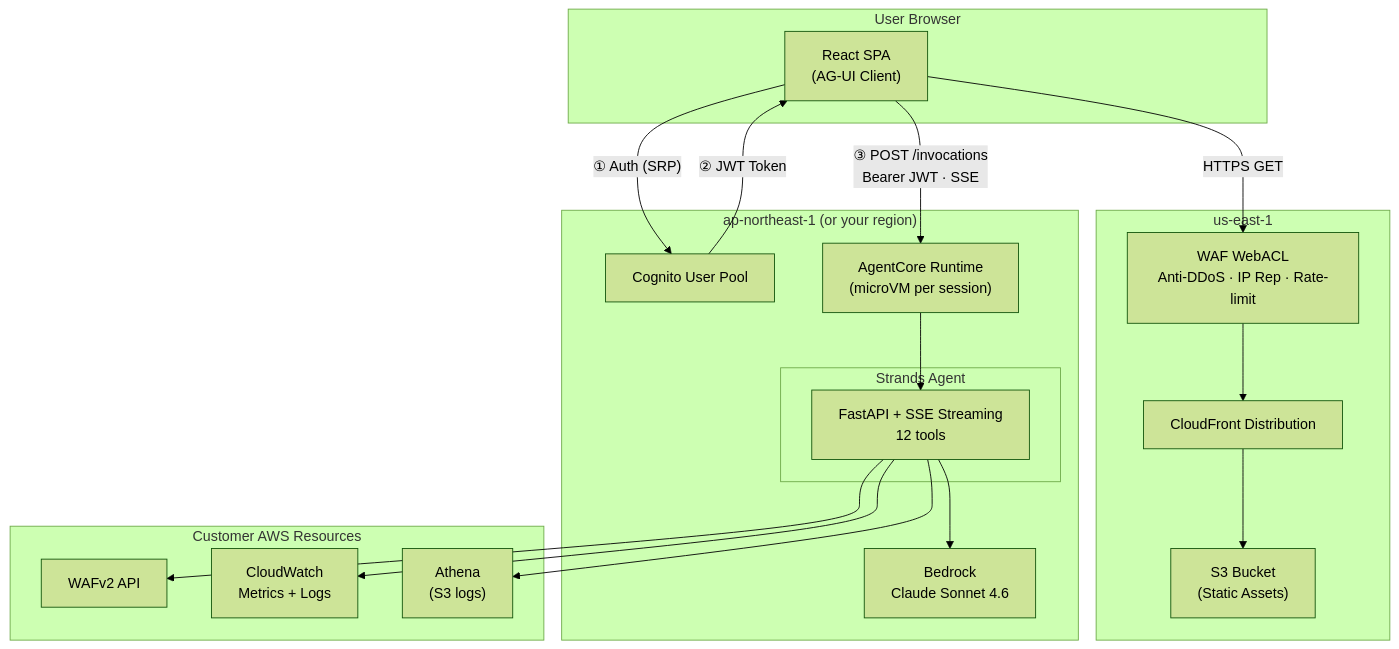
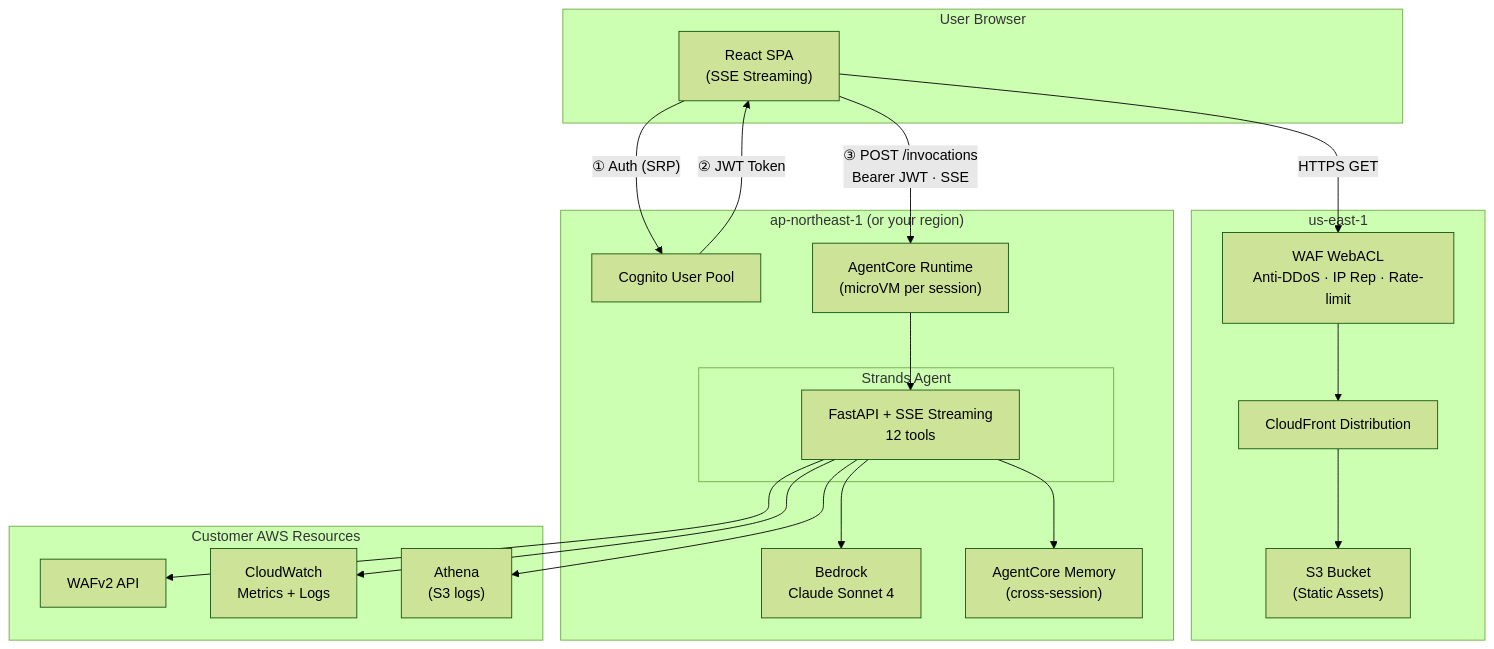
One commit to aws-samples/sample-building-a-conversational-ai-agent-for-aws-waf-analysis-with-agentcore changed the diagram in README.md. Above: the diagram before and after it, drawn with Mermaid (forest theme). The commit also changed 4 other files, not shown here.

Commit message:
Docs: add AgentCore Memory to architecture diagrams + cost estimation

````diff
--- a/README.md
+++ b/README.md
@@ -52,38 +52,40 @@
 ```mermaid
 graph TB
     subgraph User["User Browser"]
-        SPA["React SPA<br/>(AG-UI Client)"]
+        SPA["React SPA<br/>(SSE Streaming)"]
     end
 
     subgraph CF["us-east-1"]
         CloudFront["CloudFront Distribution"]
         WAF_FE["WAF WebACL<br/>Anti-DDoS · IP Rep · Rate-limit"]
         S3["S3 Bucket<br/>(Static Assets)"]
     end
 
     subgraph Backend["ap-northeast-1 (or your region)"]
         Cognito["Cognito User Pool"]
         AC["AgentCore Runtime<br/>(microVM per session)"]
         subgraph Agent["Strands Agent"]
             FastAPI["FastAPI + SSE Streaming<br/>12 tools"]
         end
-        Bedrock["Bedrock<br/>Claude Sonnet 4.6"]
+        Bedrock["Bedrock<br/>Claude Sonnet 4"]
+        Memory["AgentCore Memory<br/>(cross-session)"]
     end
 
     subgraph AWS["Customer AWS Resources"]
         WAFv2["WAFv2 API"]
         CW["CloudWatch<br/>Metrics + Logs"]
         Athena["Athena<br/>(S3 logs)"]
     end
 
     SPA -->|"HTTPS GET"| WAF_FE
     WAF_FE --> CloudFront --> S3
     SPA -->|"① Auth (SRP)"| Cognito
     Cognito -->|"② JWT Token"| SPA
     SPA -->|"③ POST /invocations<br/>Bearer JWT · SSE"| AC
     AC --> FastAPI
     FastAPI --> Bedrock
+    FastAPI --> Memory
     FastAPI --> WAFv2
     FastAPI --> CW
     FastAPI --> Athena
 ```
````
